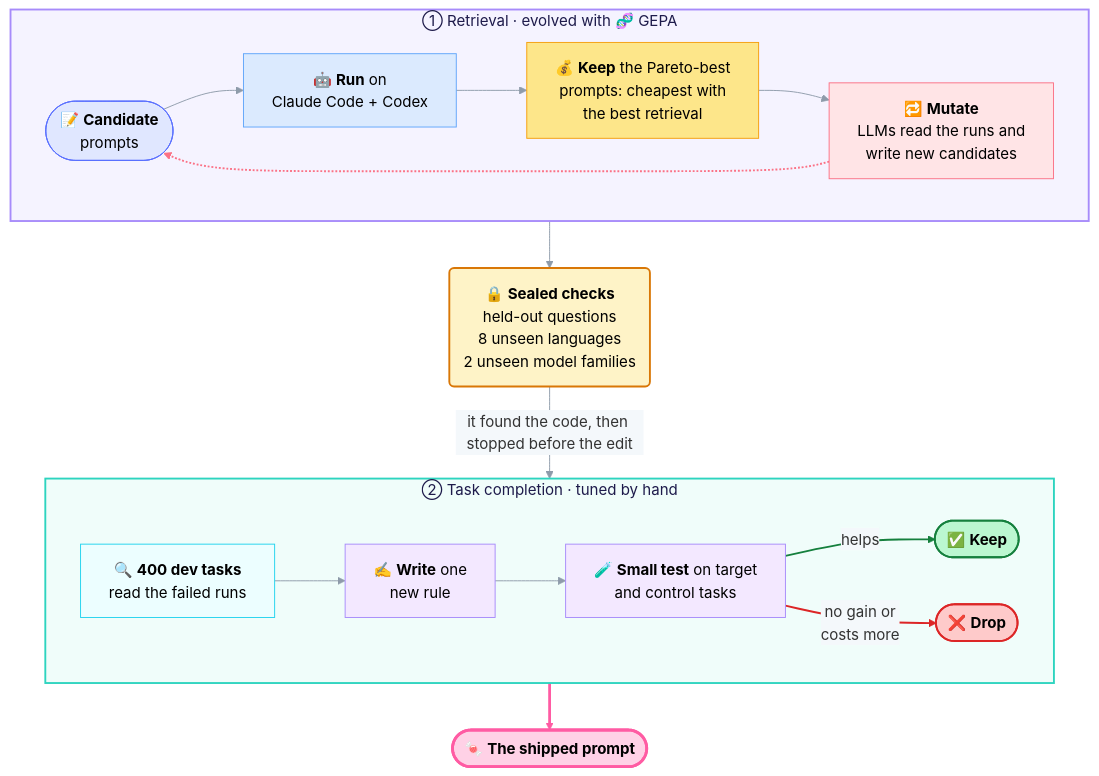
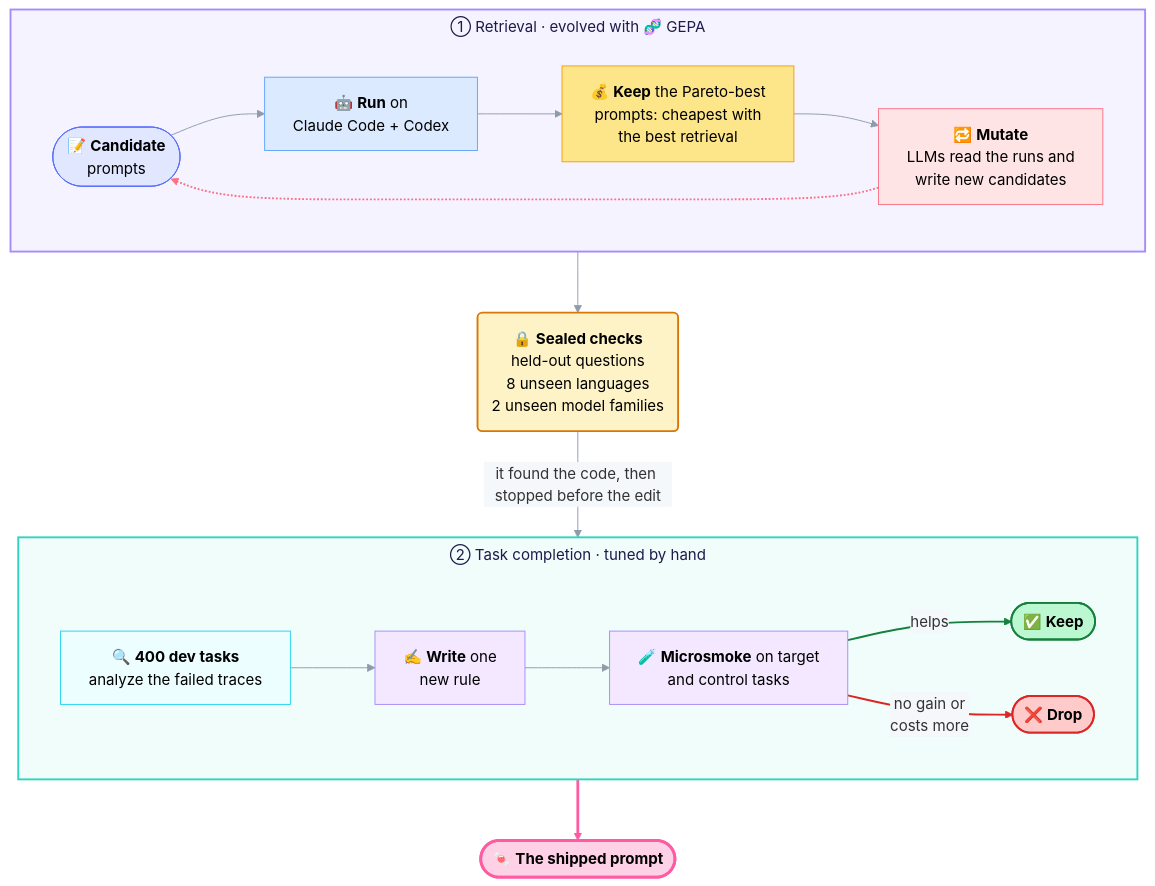
Before and after one commit to mrsladoje/sweet-search: the second of 2 diagrams in README.md, drawn with Mermaid.

Commit message:
readme: a little more spacing in the prompt diagram, trace and microsmoke wording

````diff
--- a/README.md
+++ b/README.md
@@ -884,51 +884,51 @@
 ```mermaid
-%%{init: {"theme": "base", "themeVariables": {"titleColor": "#1e1b4b", "textColor": "#1e1b4b", "lineColor": "#8e9baa", "edgeLabelBackground": "#f4f8fb"}, "themeCSS": ".cluster-label span { font-size: 19px; font-weight: 700; }", "flowchart": {"wrappingWidth": 400}}}%%
+%%{init: {"theme": "base", "themeVariables": {"titleColor": "#1e1b4b", "textColor": "#1e1b4b", "lineColor": "#8e9baa", "edgeLabelBackground": "#f4f8fb"}, "themeCSS": ".cluster-label span { font-size: 19px; font-weight: 700; }", "flowchart": {"wrappingWidth": 400, "rankSpacing": 65, "nodeSpacing": 60, "subGraphTitleMargin": {"top": 6, "bottom": 14}}}}%%
 flowchart TB
     subgraph S1["① Retrieval · evolved with 🧬 GEPA"]
         direction LR
         A(["📝 <b>Candidate</b><br/>prompts"]) --> B["🤖 <b>Run</b> on<br/>Claude Code + Codex"]
         B --> C["💰 <b>Keep</b> the Pareto-best<br/>prompts: cheapest with<br/>the best retrieval"]
         C --> D["🔁 <b>Mutate</b><br/>LLMs read the runs and<br/>write new candidates"]
         D -.-> A
     end
     S1 --> V("🔒 <b>Sealed checks</b><br/>held-out questions<br/>8 unseen languages<br/>2 unseen model families")
     V -->|"it found the code, then stopped before the edit"| S2
     subgraph S2["② Task completion · tuned by hand"]
         direction LR
-        E["🔍 <b>400 dev tasks</b><br/>read the failed runs"] --> F["✍️ <b>Write</b> one<br/>new rule"]
-        F --> G["🧪 <b>Small test</b> on target<br/>and control tasks"]
+        E["🔍 <b>400 dev tasks</b><br/>analyze the failed traces"] --> F["✍️ <b>Write</b> one<br/>new rule"]
+        F --> G["🧪 <b>Microsmoke</b> on target<br/>and control tasks"]
         G -->|"helps"| H(["✅ <b>Keep</b>"])
         G -->|"no gain or<br/>costs more"| I(["❌ <b>Drop</b>"])
     end
     S2 ==> P(["🍬 <b>The shipped prompt</b>"])
 
     classDef cand  fill:#e0e7ff,stroke:#596fff,color:#000;
     classDef run   fill:#dbeafe,stroke:#60a5fa,color:#000;
     classDef score fill:#fde68a,stroke:#f59e0b,color:#000;
     classDef llm   fill:#ffe4e6,stroke:#fb7185,color:#000;
     classDef seal  fill:#fef3c7,stroke:#d97706,color:#000,stroke-width:2px;
     classDef dig   fill:#ecfeff,stroke:#22d3ee,color:#000;
     classDef rule  fill:#f3e8ff,stroke:#a78bfa,color:#000;
     classDef keep  fill:#bbf7d0,stroke:#15803d,color:#000,stroke-width:2px;
     classDef drop  fill:#fecaca,stroke:#dc2626,color:#000,stroke-width:2px;
     classDef ship  fill:#ffd1e6,stroke:#ff5ba3,color:#000,stroke-width:3px;
 
     class A cand;
     class B run;
     class C score;
     class D llm;
     class V seal;
     class E dig;
     class F,G rule;
     class H keep;
     class I drop;
     class P ship;
 
     style S1 fill:#f5f3ff,stroke:#a78bfa,stroke-width:2px;
     style S2 fill:#f0fdfa,stroke:#2dd4bf,stroke-width:2px;
 
     linkStyle 3 stroke:#fb7185,stroke-width:2px;
     linkStyle 8 stroke:#15803d,stroke-width:2px;
     linkStyle 9 stroke:#dc2626,stroke-width:2px;
     linkStyle 10 stroke:#ff5ba3,stroke-width:3px;
 ```
````
